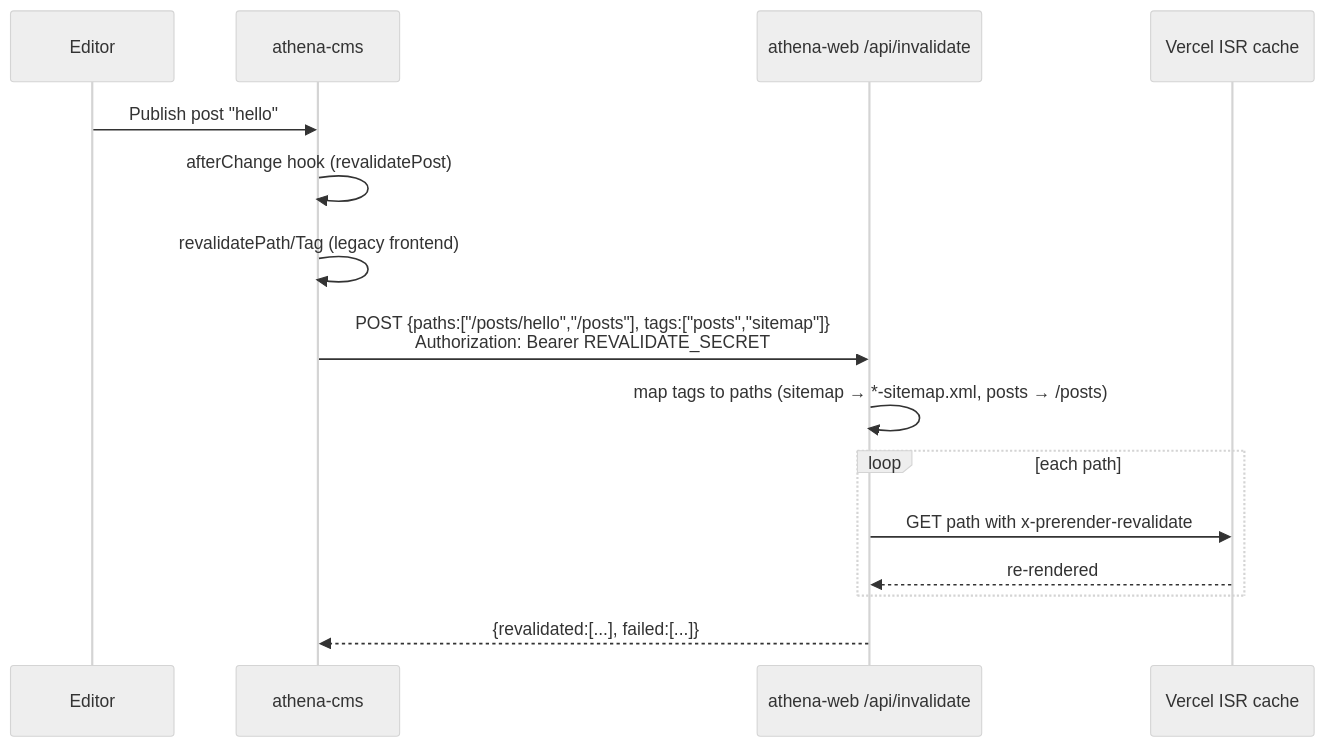
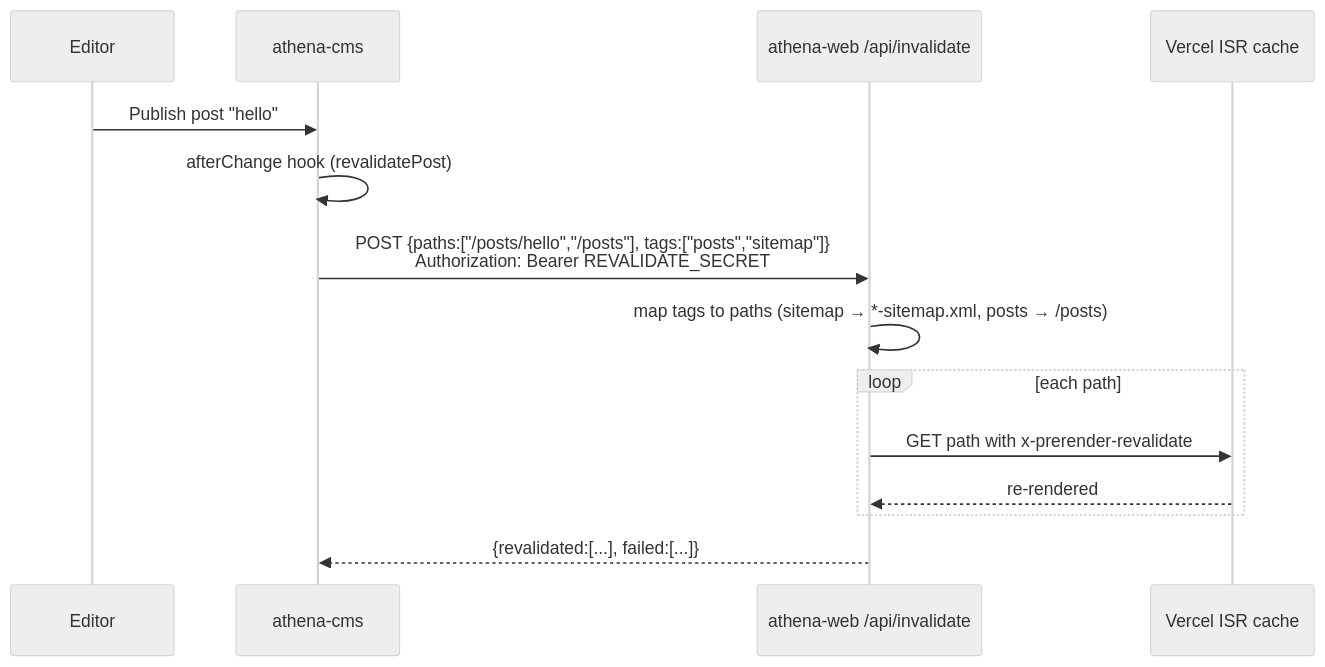
The third of 4 diagrams in docs/ARCHITECTURE.md (0xCAFEBABEx0/athena), drawn with Mermaid (neutral theme) before and after one commit. The commit also changed other lines of this file and 12 other files, not shown here.

First line of the commit message:
docs: describe the CMS without the legacy frontend

````diff
--- a/docs/ARCHITECTURE.md
+++ b/docs/ARCHITECTURE.md
@@ -145,17 +144,16 @@
 ```mermaid
 sequenceDiagram
     participant Ed as Editor
     participant C as athena-cms
     participant W as athena-web /api/invalidate
     participant E as Vercel ISR cache
     Ed->>C: Publish post "hello"
     C->>C: afterChange hook (revalidatePost)
-    C->>C: revalidatePath/Tag (legacy frontend)
     C->>W: POST {paths:["/posts/hello","/posts"], tags:["posts","sitemap"]}<br/>Authorization: Bearer REVALIDATE_SECRET
     W->>W: map tags to paths (sitemap → *-sitemap.xml, posts → /posts)
     loop each path
         W->>E: GET path with x-prerender-revalidate
         E-->>W: re-rendered
     end
     W-->>C: {revalidated:[...], failed:[...]}
 ```
````
